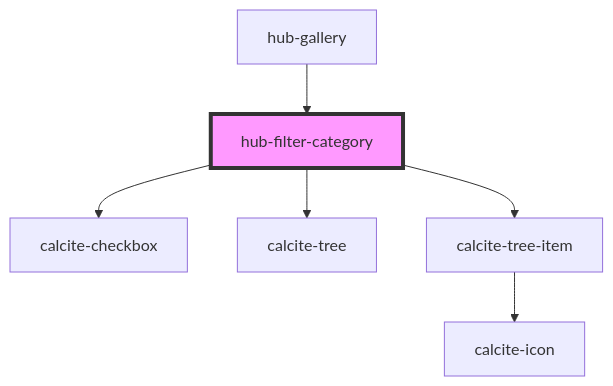
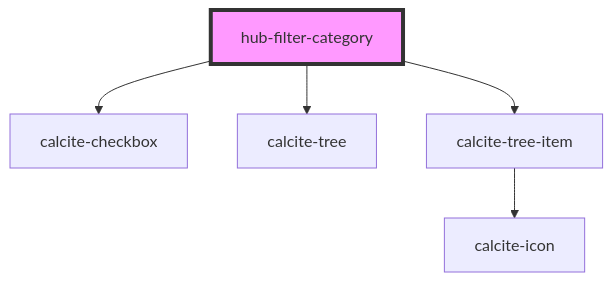
The diagram in src/components/hub-filter-category/readme.md (esridc/hub-components-experiments), drawn with Mermaid before and after one commit. The commit also changed other lines of this file and 16 other files, not shown here.

````diff
--- a/src/components/hub-filter-category/readme.md
+++ b/src/components/hub-filter-category/readme.md
@@ -40,9 +36,8 @@
 ```mermaid
 graph TD;
   hub-filter-category --> calcite-checkbox
   hub-filter-category --> calcite-tree
   hub-filter-category --> calcite-tree-item
   calcite-tree-item --> calcite-icon
-  hub-gallery --> hub-filter-category
   style hub-filter-category fill:#f9f,stroke:#333,stroke-width:4px
 ```
````
